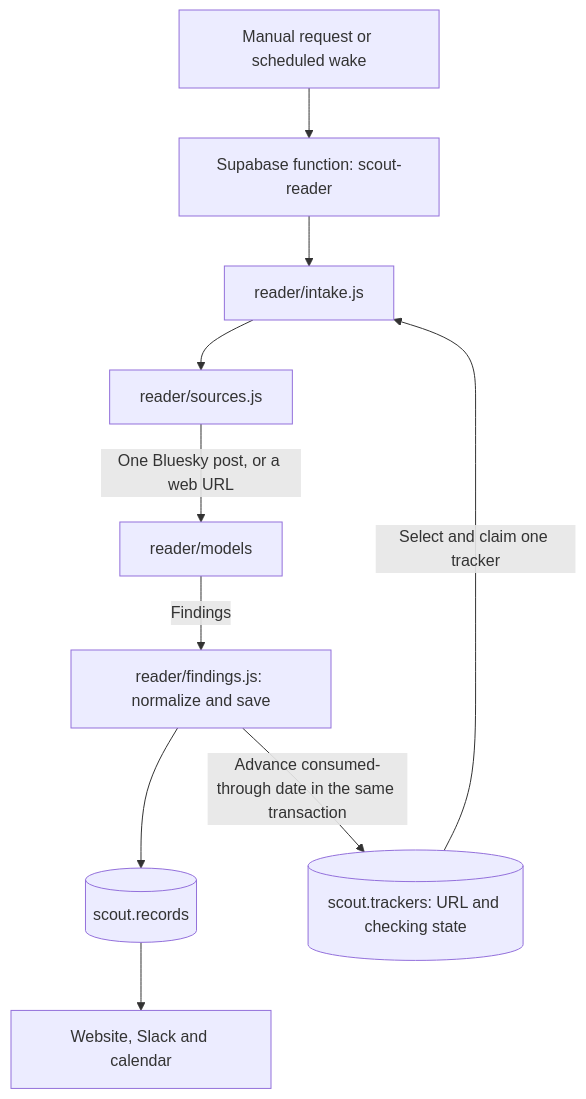
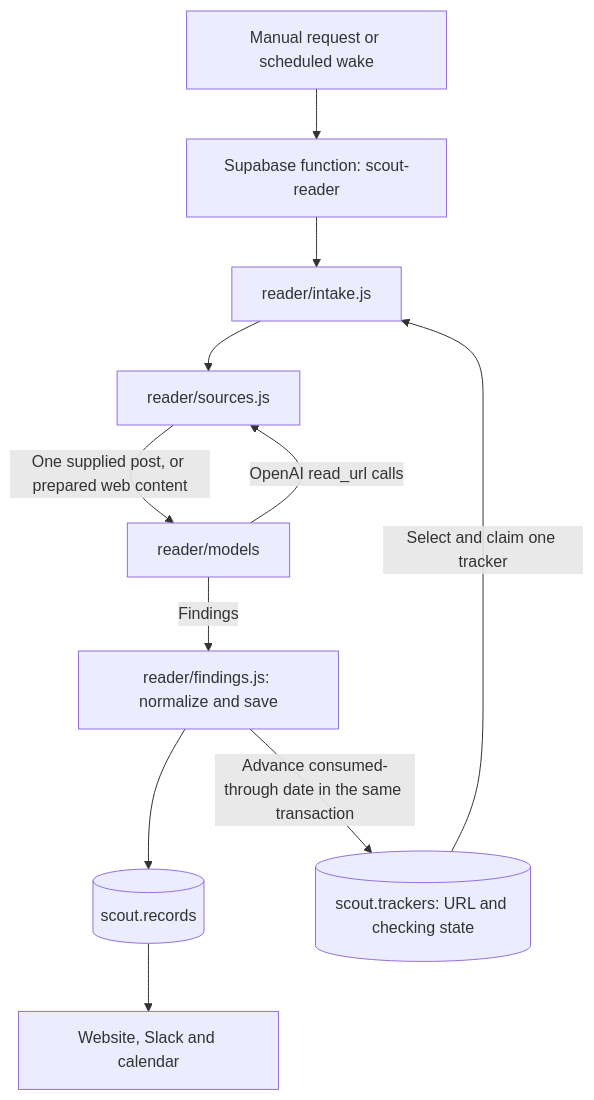
One commit to oceanagentics/scout changed the diagram in docs/architecture.md. Above: the diagram before and after it, drawn with Mermaid. The commit also changed other lines of this file and 15 other files, not shown here.

Commit message:
Read linked source material within tracker checks

````diff
--- a/docs/architecture.md
+++ b/docs/architecture.md
@@ -7,12 +7,13 @@
 ```mermaid
 flowchart TD
   start[Manual request or scheduled wake] --> endpoint[Supabase function: scout-reader]
   endpoint --> intake[reader/intake.js]
   trackers[(scout.trackers: URL and checking state)] -->|Select and claim one tracker| intake
   intake --> source[reader/sources.js]
-  source -->|One Bluesky post, or a web URL| model[reader/models]
+  source -->|One supplied post, or prepared web content| model[reader/models]
+  model -->|OpenAI read_url calls| source
   model -->|Findings| save[reader/findings.js: normalize and save]
   save --> records[(scout.records)]
   save -->|Advance consumed-through date in the same transaction| trackers
   records --> output[Website, Slack and calendar]
 ```
````
